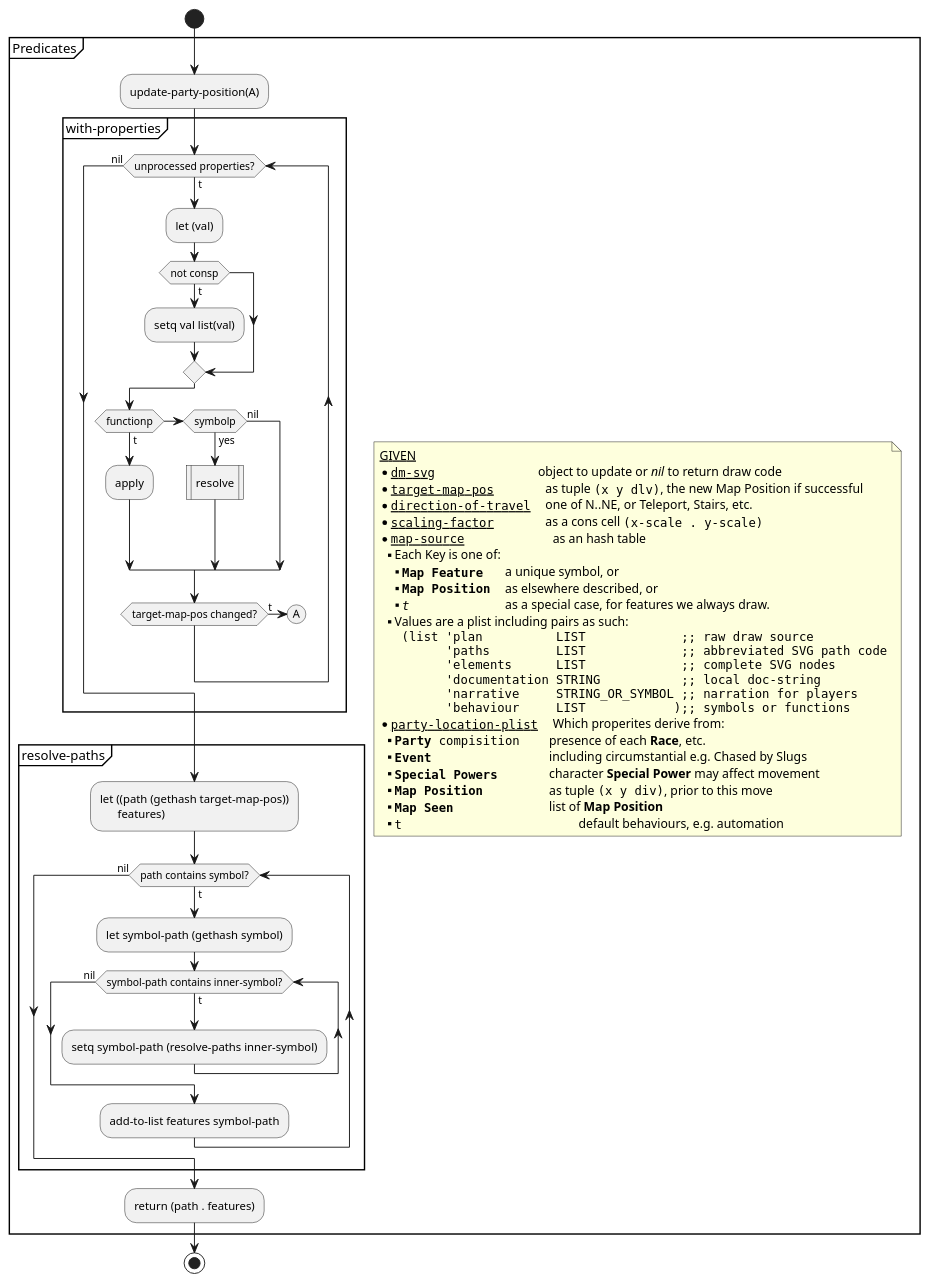
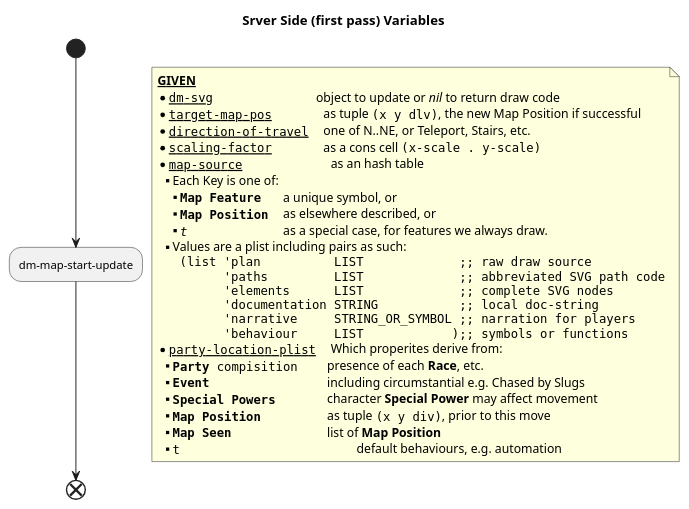
Before and after one commit to dungeon-mode/game: the second of 8 diagrams in Docs/Maps/UML.org, drawn with PlantUML. The commit also changed other lines of this file and 9 other files, not shown here.

```diff
--- a/Docs/Maps/UML.org
+++ b/Docs/Maps/UML.org
@@ -3,63 +124,32 @@
-#+begin_src plantuml :file tryout2.png
+#+begin_src plantuml :file server-givenss.svg :export results
+title Srver Side (first pass) Variables
 start
-partition Predicates {
-note right
-  ~~GIVEN~~
+:dm-map-start-update;
+floating note right
+  __**GIVEN**__
   *""__dm-svg__              ""object to update or //nil// to return draw code
   * ""__target-map-pos__       ""as tuple ""(x y dlv)"", the new Map Position if successful
   * ""__direction-of-travel__  ""one of N..NE, or Teleport, Stairs, etc.
   * ""__scaling-factor__       ""as a cons cell ""(x-scale . y-scale)""
   *""__map-source__            ""as an hash table
   ** Each Key is one of:
   ***""**Map Feature**   ""a unique symbol, or
   ***""**Map Position**  ""as elsewhere described, or
   ***""//t//             ""as a special case, for features we always draw.
   ** Values are a plist including pairs as such:
   ""   (list 'plan          LIST             ;; raw draw source""
   ""         'paths         LIST             ;; abbreviated SVG path code""
   ""         'elements      LIST             ;; complete SVG nodes""
   ""         'documentation STRING           ;; local doc-string""
   ""         'narrative     STRING_OR_SYMBOL ;; narration for players""
   ""         'behaviour     LIST            );; symbols or functions""
   *""__party-location-plist__  ""Which properites derive from:
   **""**Party** compisition    ""presence of each **Race**, etc.
   **""**Event**                ""including circumstantial e.g. Chased by Slugs
   **""**Special Powers**       ""character **Special Power** may affect movement
   **""**Map Position**         ""as tuple ""(x y div)"", prior to this move
   **""**Map Seen**             ""list of **Map Position**
   **""t                        ""default behaviours, e.g. automation
 end note
-  :update-party-position(A);
-  partition with-properties {
-    while (unprocessed properties?) is (t)
-      :let (val);
-      if (not consp) then (t)
-        :setq val list(val);
-      endif
-      if (functionp) then (t)
-        :apply;
-      elseif (symbolp) then (yes)
-        :resolve|
-      else (nil)
-      endif
-      if (target-map-pos changed?) then (t)
-        (A)
-	detach
-      endif
-    endwhile (nil)
-  }
-  partition resolve-paths {
-    :let ((path (gethash target-map-pos))
-          features);
-    while (path contains symbol?) is (t)
-      :let symbol-path (gethash symbol);
-      while (symbol-path contains inner-symbol?) is (t)
-        :setq symbol-path (resolve-paths inner-symbol);
-      endwhile (nil)
-      :add-to-list features symbol-path;
-    endwhile (nil)
-  }
-:return (path . features);
-}
-stop
+end
 #+end_src
```
